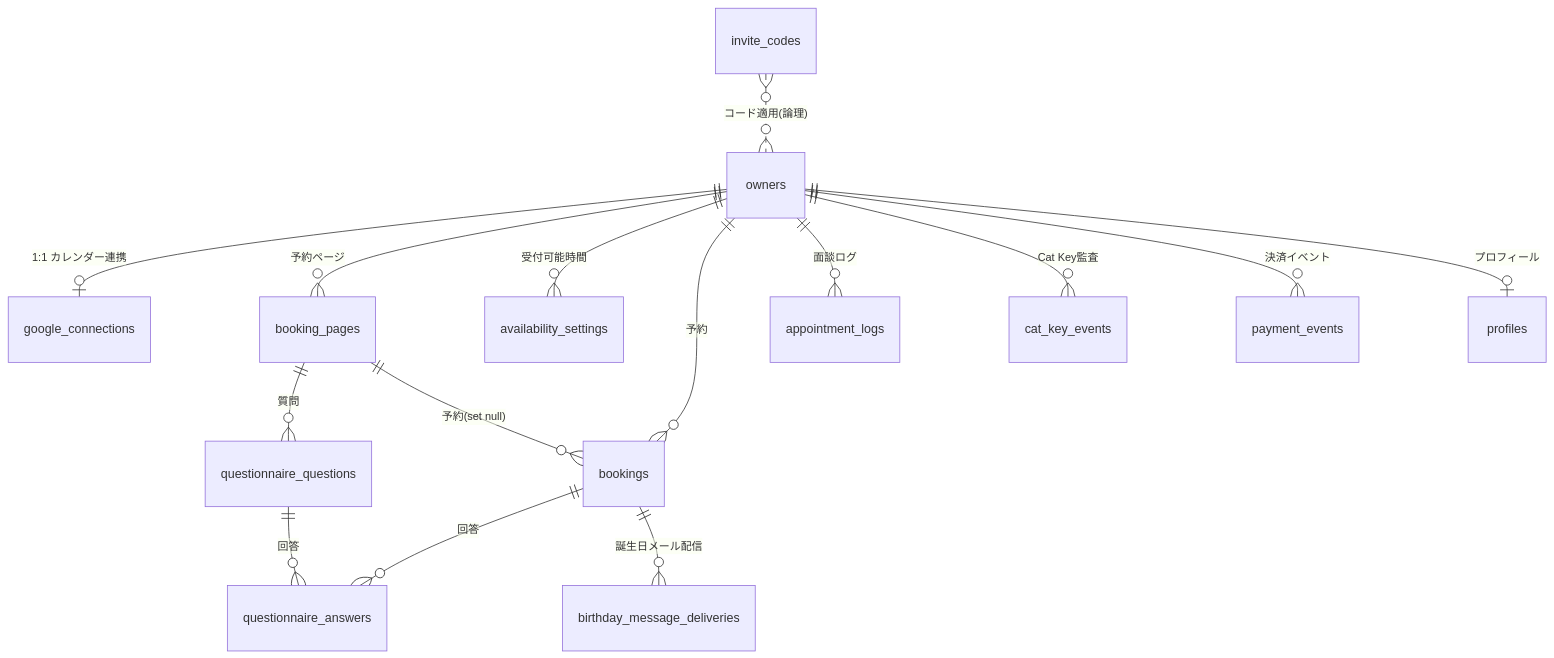
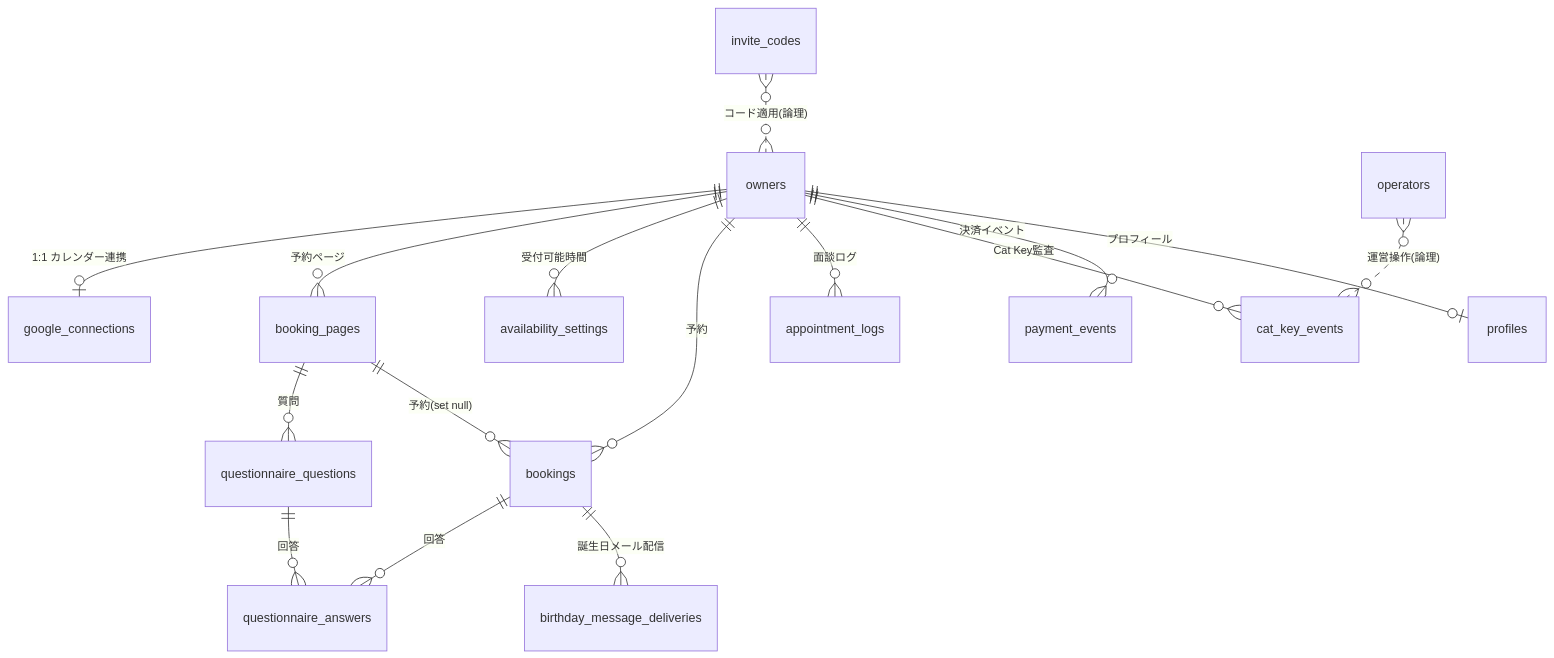
The diagram in docs/db-schema.md (nekomura-ai/kimaru), drawn with Mermaid before and after one commit. The commit also changed other lines of this file and 5 other files, not shown here.

````diff
--- a/docs/db-schema.md
+++ b/docs/db-schema.md
@@ -14,20 +14,22 @@
 ```mermaid
 erDiagram
   owners ||--o| google_connections : "1:1 カレンダー連携"
   owners ||--o{ booking_pages : "予約ページ"
   owners ||--o{ availability_settings : "受付可能時間"
   owners ||--o{ bookings : "予約"
   owners ||--o{ appointment_logs : "面談ログ"
   owners ||--o{ cat_key_events : "Cat Key監査"
   owners ||--o{ payment_events : "決済イベント"
   owners ||--o| profiles : "プロフィール"
 
   booking_pages ||--o{ questionnaire_questions : "質問"
   booking_pages ||--o{ bookings : "予約(set null)"
 
   bookings ||--o{ questionnaire_answers : "回答"
   bookings ||--o{ birthday_message_deliveries : "誕生日メール配信"
   questionnaire_questions ||--o{ questionnaire_answers : "回答"
 
   invite_codes }o..o{ owners : "コード適用(論理)"
+
+  operators }o..o{ cat_key_events : "運営操作(論理)"
 ```
````
